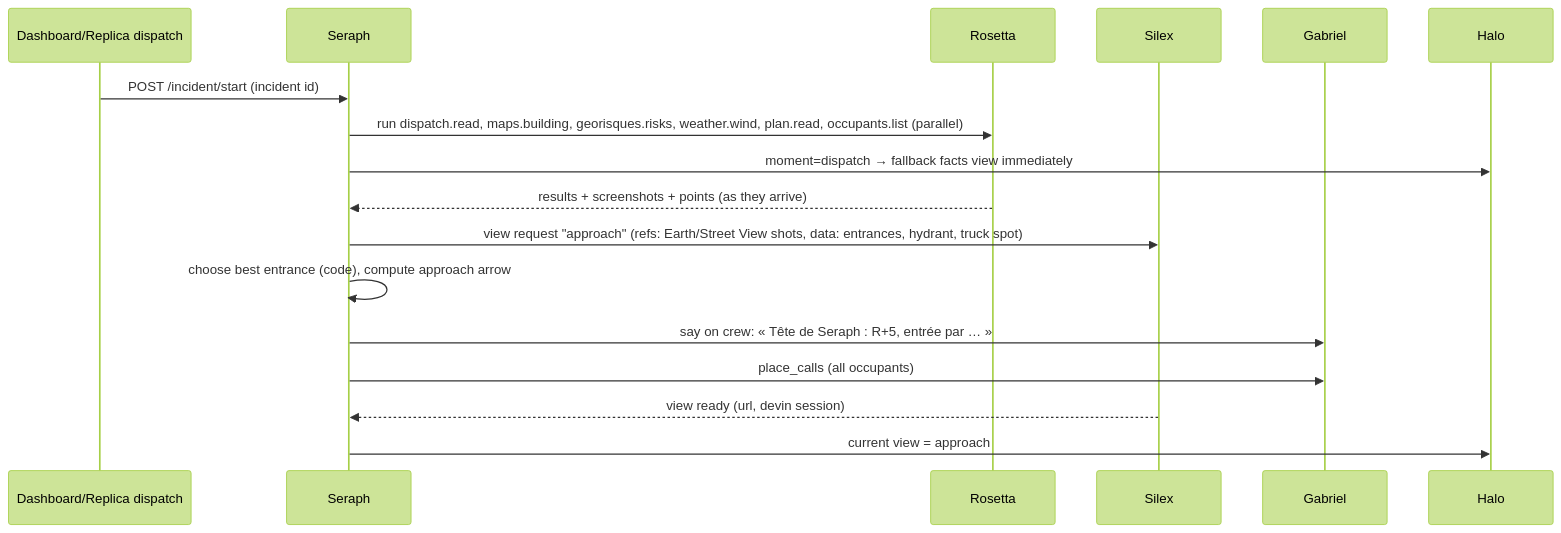
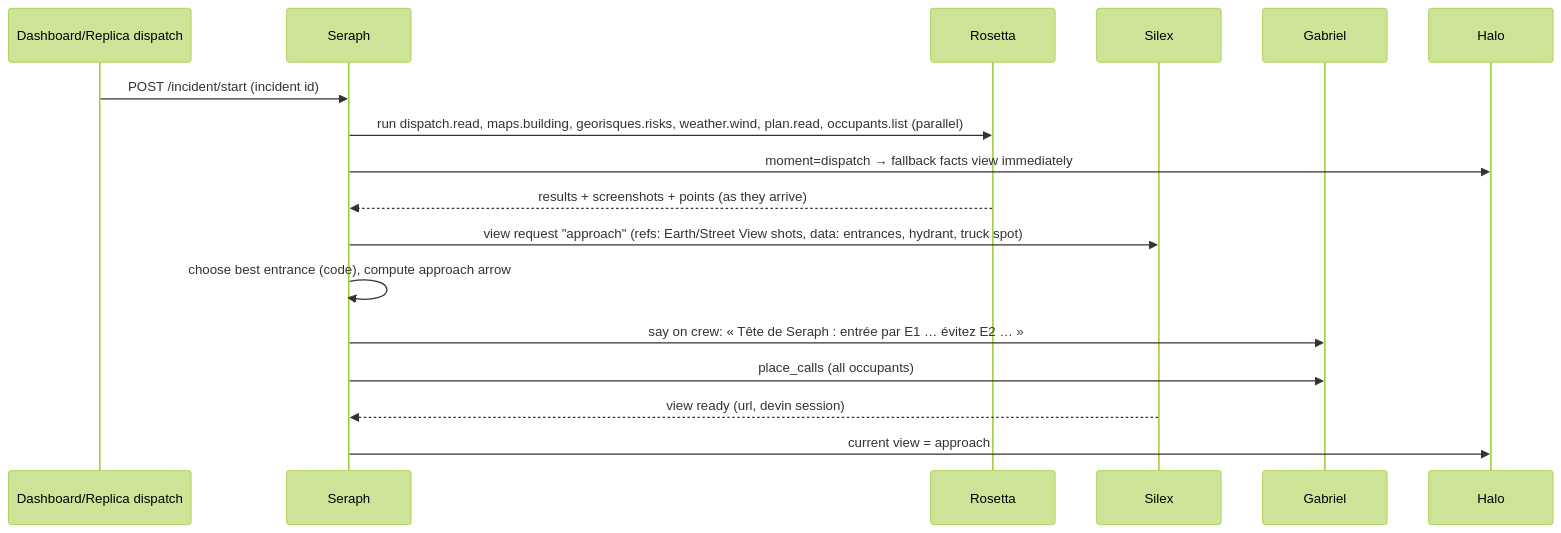
One commit to amilkourd/seraph changed the first of 3 diagrams in docs/01-architecture.md. Above: the diagram before and after it, drawn with Mermaid (forest theme). The commit also changed other lines of this file and 25 other files, not shown here.

````diff
--- a/docs/01-architecture.md
+++ b/docs/01-architecture.md
@@ -77,19 +77,19 @@
 ```mermaid
 sequenceDiagram
   participant D as Dashboard/Replica dispatch
   participant S as Seraph
   participant R as Rosetta
   participant X as Silex
   participant G as Gabriel
   participant H as Halo
   D->>S: POST /incident/start (incident id)
   S->>R: run dispatch.read, maps.building, georisques.risks, weather.wind, plan.read, occupants.list (parallel)
   S->>H: moment=dispatch → fallback facts view immediately
   R-->>S: results + screenshots + points (as they arrive)
   S->>X: view request "approach" (refs: Earth/Street View shots, data: entrances, hydrant, truck spot)
   S->>S: choose best entrance (code), compute approach arrow
-  S->>G: say on crew: « Tête de Seraph : R+5, entrée par … »
+  S->>G: say on crew: « Tête de Seraph : entrée par E1 … évitez E2 … »
   S->>G: place_calls (all occupants)
   X-->>S: view ready (url, devin session)
   S->>H: current view = approach
 ```
````
